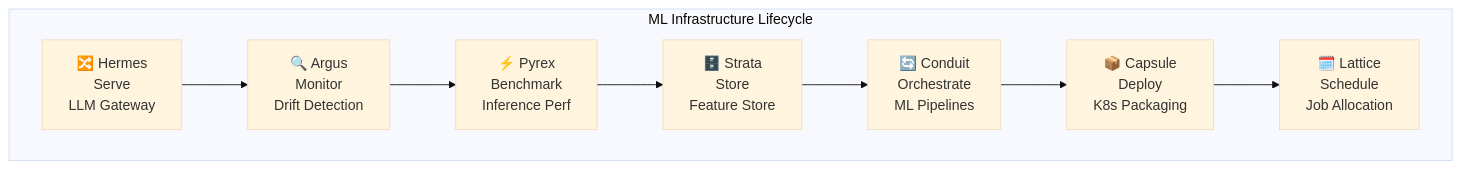
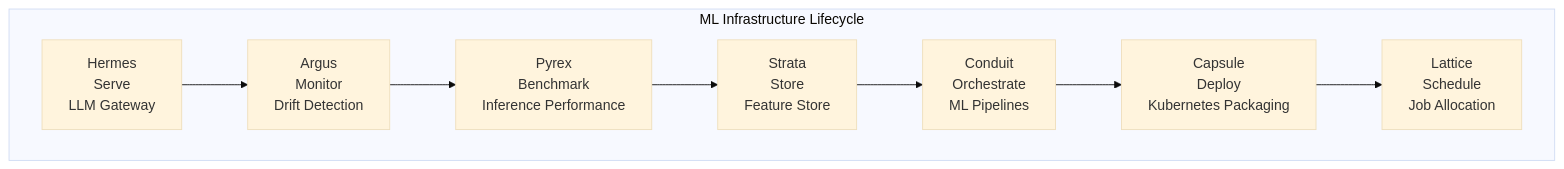
One commit to Gopal-Singh-Subramani-Singh/ai-hive changed the first of 2 diagrams in README.md. Above: the diagram before and after it, drawn with Mermaid (base theme). The commit also changed other lines of this file, not shown here.

````diff
--- a/README.md
+++ b/README.md
@@ -33,15 +58,15 @@
 ```mermaid
 flowchart LR
     subgraph LIFECYCLE [ML Infrastructure Lifecycle]
         direction LR
-        H[🔀 Hermes\nServe\nLLM Gateway]
-        AR[🔍 Argus\nMonitor\nDrift Detection]
-        PY[⚡ Pyrex\nBenchmark\nInference Perf]
-        ST[🗄️ Strata\nStore\nFeature Store]
-        CO[🔄 Conduit\nOrchestrate\nML Pipelines]
-        CA[📦 Capsule\nDeploy\nK8s Packaging]
-        LA[🗓️ Lattice\nSchedule\nJob Allocation]
+        H[Hermes<br/>Serve<br/>LLM Gateway]
+        AR[Argus<br/>Monitor<br/>Drift Detection]
+        PY[Pyrex<br/>Benchmark<br/>Inference Performance]
+        ST[Strata<br/>Store<br/>Feature Store]
+        CO[Conduit<br/>Orchestrate<br/>ML Pipelines]
+        CA[Capsule<br/>Deploy<br/>Kubernetes Packaging]
+        LA[Lattice<br/>Schedule<br/>Job Allocation]
 
         H --> AR --> PY --> ST --> CO --> CA --> LA
     end
 ```
````
